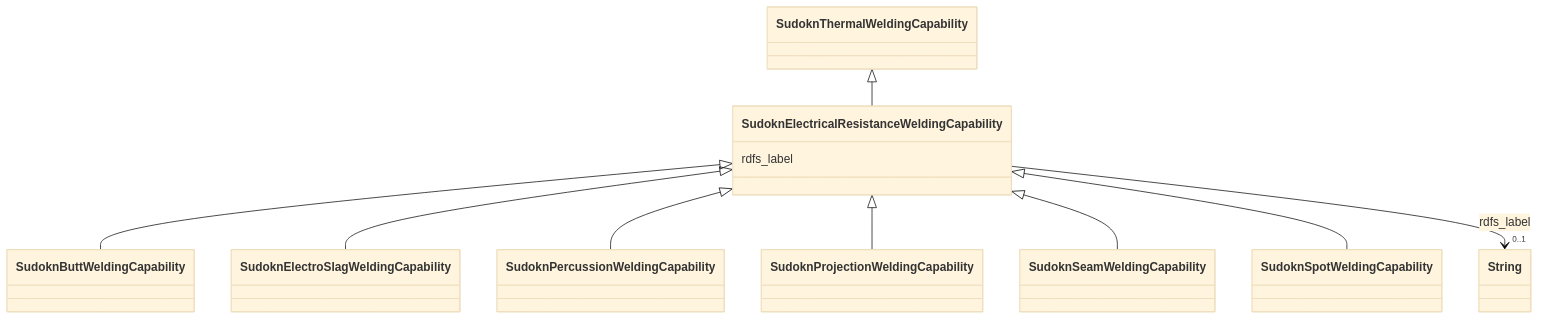
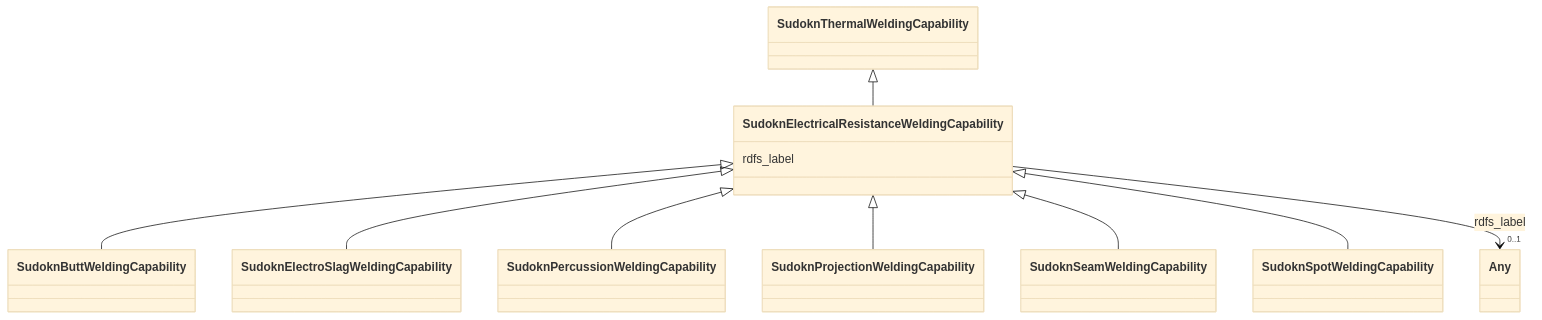
One commit to frink-okn/graph-descriptions changed the diagram in sudokn-kg/classes/SudoknElectricalResistanceWeldingCapability.md. Above: the diagram before and after it, drawn with Mermaid (base theme). The commit also changed other lines of this file and 903 other files, not shown here.

````diff
--- a/sudokn-kg/classes/SudoknElectricalResistanceWeldingCapability.md
+++ b/sudokn-kg/classes/SudoknElectricalResistanceWeldingCapability.md
@@ -23,33 +16,33 @@
 ```mermaid
  classDiagram
     class SudoknElectricalResistanceWeldingCapability
     click SudoknElectricalResistanceWeldingCapability href "../SudoknElectricalResistanceWeldingCapability"
       SudoknThermalWeldingCapability <|-- SudoknElectricalResistanceWeldingCapability
         click SudoknThermalWeldingCapability href "../SudoknThermalWeldingCapability"
       
 
       SudoknElectricalResistanceWeldingCapability <|-- SudoknButtWeldingCapability
         click SudoknButtWeldingCapability href "../SudoknButtWeldingCapability"
       SudoknElectricalResistanceWeldingCapability <|-- SudoknElectroSlagWeldingCapability
         click SudoknElectroSlagWeldingCapability href "../SudoknElectroSlagWeldingCapability"
       SudoknElectricalResistanceWeldingCapability <|-- SudoknPercussionWeldingCapability
         click SudoknPercussionWeldingCapability href "../SudoknPercussionWeldingCapability"
       SudoknElectricalResistanceWeldingCapability <|-- SudoknProjectionWeldingCapability
         click SudoknProjectionWeldingCapability href "../SudoknProjectionWeldingCapability"
       SudoknElectricalResistanceWeldingCapability <|-- SudoknSeamWeldingCapability
         click SudoknSeamWeldingCapability href "../SudoknSeamWeldingCapability"
       SudoknElectricalResistanceWeldingCapability <|-- SudoknSpotWeldingCapability
         click SudoknSpotWeldingCapability href "../SudoknSpotWeldingCapability"
       
       
       SudoknElectricalResistanceWeldingCapability : rdfs_label
         
           
     
     
-    SudoknElectricalResistanceWeldingCapability --> "0..1" String : rdfs_label
-    click String href "../String"
+    SudoknElectricalResistanceWeldingCapability --> "0..1" Any : rdfs_label
+    click Any href "../Any"
 
         
       
 ```
````
